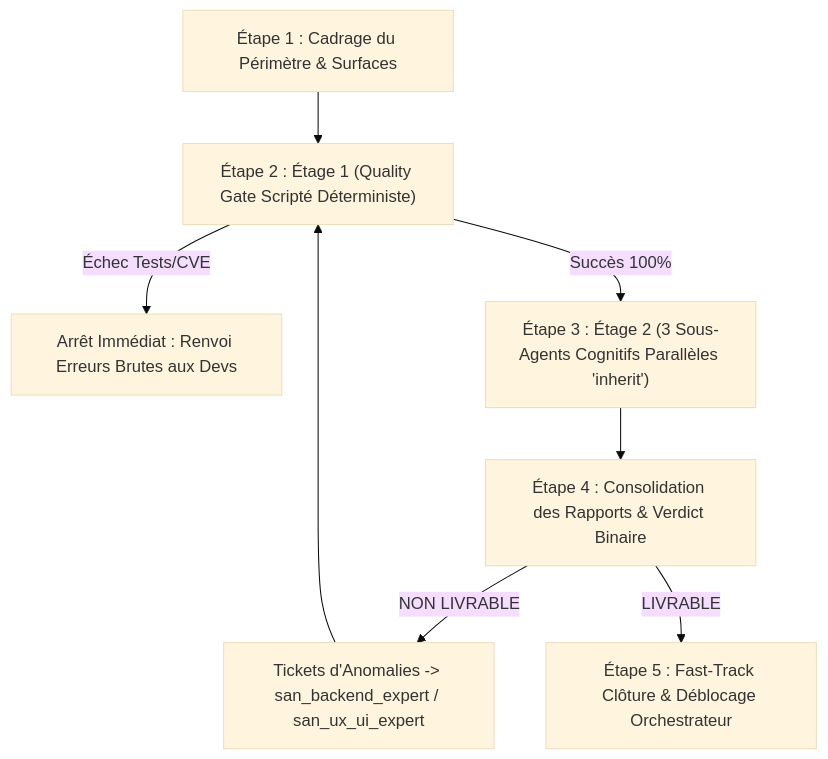
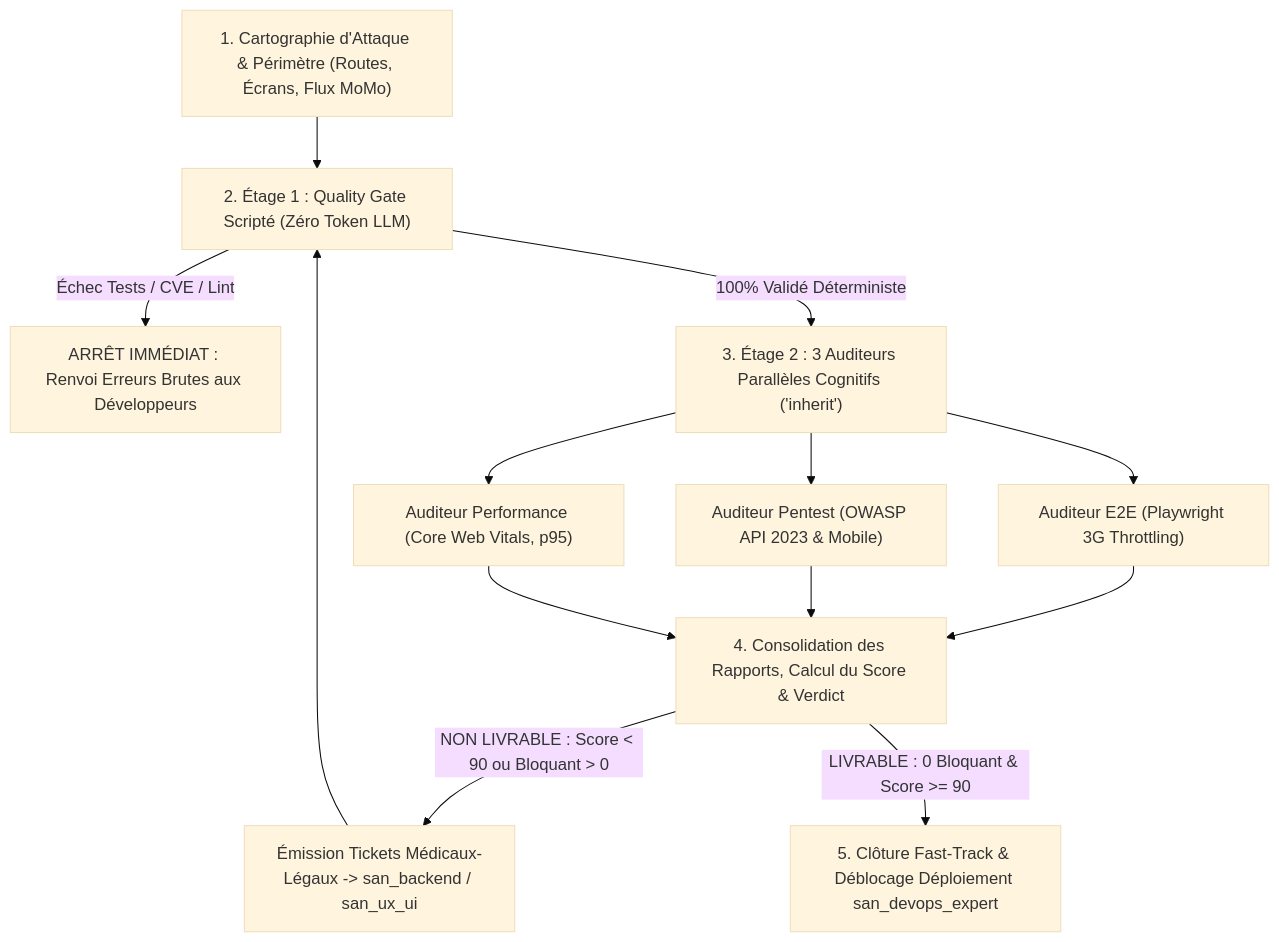
Before and after one commit to alexsan-dev/san_agy_framework: the first of 2 diagrams in skills/san_qa_security_expert.md, drawn with Mermaid (base theme). The commit also changed other lines of this file and 41 other files, not shown here.

Commit message:
feat(phase3): packaging and automated testing of onboarding & scoping core (san_init, san_brainstorming, san_planner)

````diff
--- a/skills/san_qa_security_expert.md
+++ b/skills/san_qa_security_expert.md
@@ -140,10 +133,13 @@
 ```mermaid
 flowchart TD
-    A["Étape 1 : Cadrage du Périmètre & Surfaces"] --> B["Étape 2 : Étage 1 (Quality Gate Scripté Déterministe)"]
-    B -->|Échec Tests/CVE| C["Arrêt Immédiat : Renvoi Erreurs Brutes aux Devs"]
-    B -->|Succès 100%| D["Étape 3 : Étage 2 (3 Sous-Agents Cognitifs Parallèles 'inherit')"]
-    D --> E["Étape 4 : Consolidation des Rapports & Verdict Binaire"]
-    E -->|NON LIVRABLE| F["Tickets d'Anomalies -> san_backend_expert / san_ux_ui_expert"]
+    A["1. Cartographie d'Attaque & Périmètre (Routes, Écrans, Flux MoMo)"] --> B["2. Étage 1 : Quality Gate Scripté (Zéro Token LLM)"]
+    B -->|Échec Tests / CVE / Lint| C["ARRÊT IMMÉDIAT : Renvoi Erreurs Brutes aux Développeurs"]
+    B -->|100% Validé Déterministe| D["3. Étage 2 : 3 Auditeurs Parallèles Cognitifs ('inherit')"]
+    D --> D1["Auditeur E2E (Playwright 3G Throttling)"]
+    D --> D2["Auditeur Pentest (OWASP API 2023 & Mobile)"]
+    D --> D3["Auditeur Performance (Core Web Vitals, p95)"]
+    D1 & D2 & D3 --> E["4. Consolidation des Rapports, Calcul du Score & Verdict"]
+    E -->|NON LIVRABLE : Score < 90 ou Bloquant > 0| F["Émission Tickets Médicaux-Légaux -> san_backend / san_ux_ui"]
     F --> B
-    E -->|LIVRABLE| G["Étape 5 : Fast-Track Clôture & Déblocage Orchestrateur"]
+    E -->|LIVRABLE : 0 Bloquant & Score >= 90| G["5. Clôture Fast-Track & Déblocage Déploiement san_devops_expert"]
 ```
````
